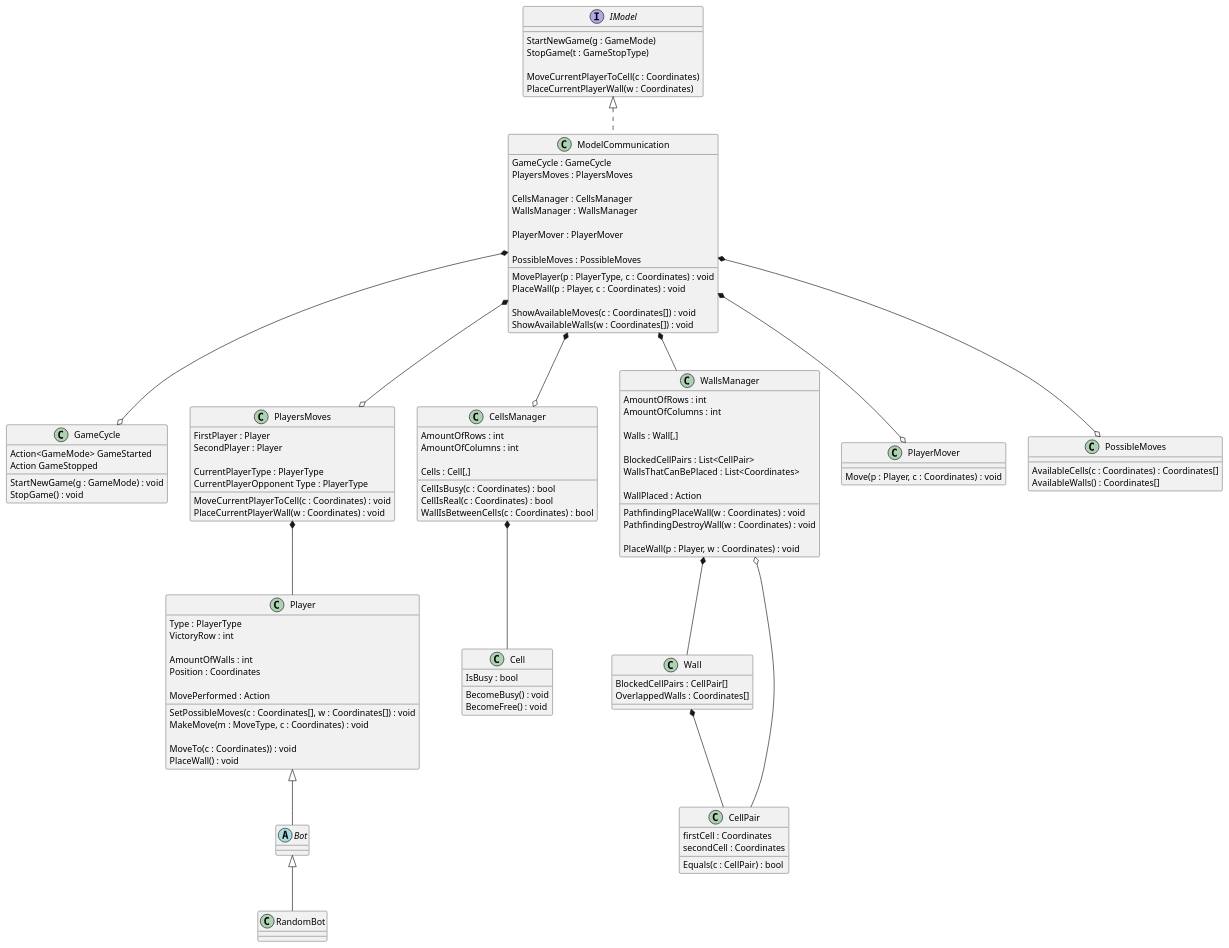
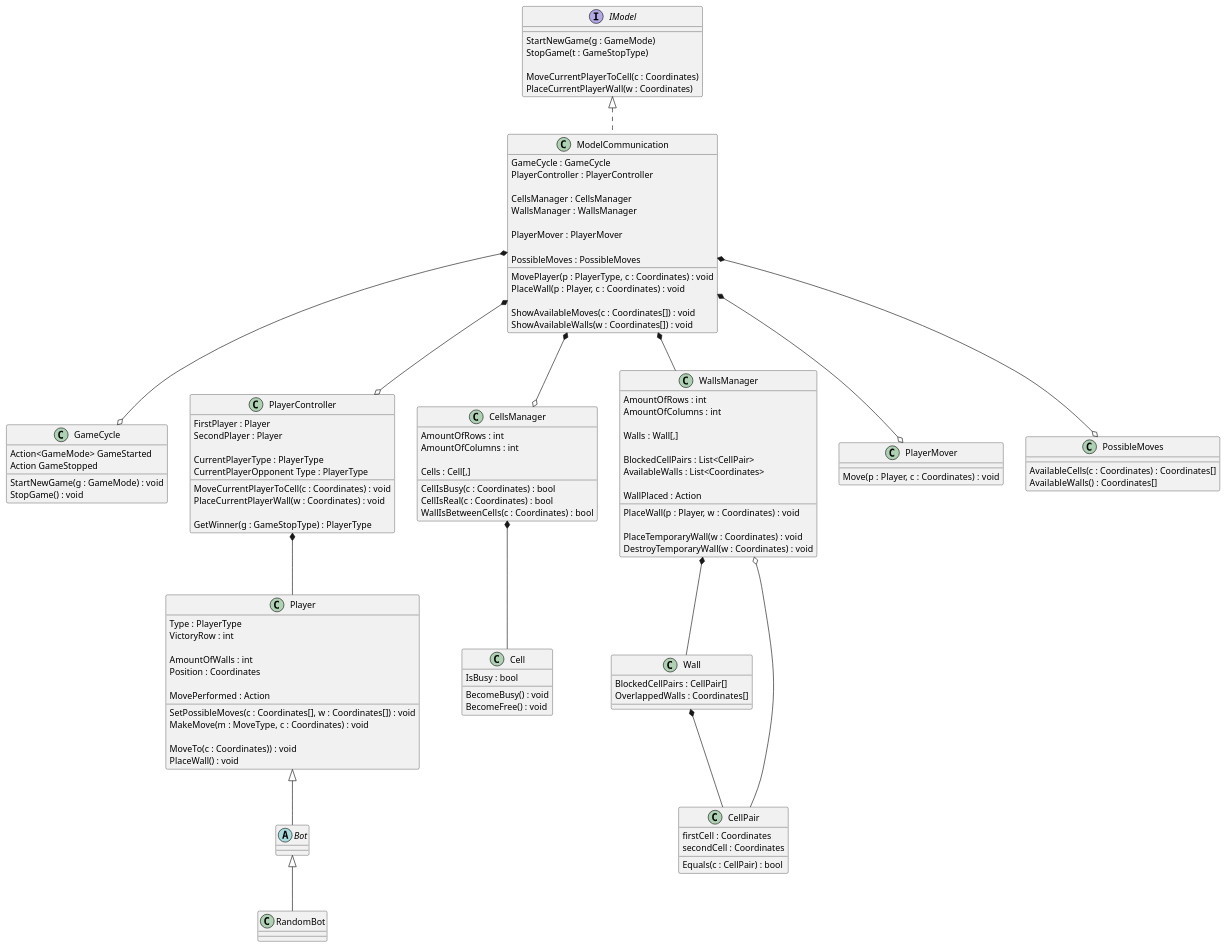
The diagram in Quoridor/Assets/Diagrams/Model.puml (snyk04/quoridor), drawn with PlantUML before and after one commit. The commit also changed 7 other files, not shown here.

```diff
--- a/Quoridor/Assets/Diagrams/Model.puml
+++ b/Quoridor/Assets/Diagrams/Model.puml
@@ -1,151 +1,153 @@
 @startuml
 
 interface IModel
 {
     StartNewGame(g : GameMode)
     StopGame(t : GameStopType)
     
     MoveCurrentPlayerToCell(c : Coordinates)
     PlaceCurrentPlayerWall(w : Coordinates)
 }
 class ModelCommunication
 {    
     GameCycle : GameCycle
-    PlayersMoves : PlayersMoves
+    PlayerController : PlayerController
     
     CellsManager : CellsManager
     WallsManager : WallsManager
     
     PlayerMover : PlayerMover
     
     PossibleMoves : PossibleMoves
     
     MovePlayer(p : PlayerType, c : Coordinates) : void
     PlaceWall(p : Player, c : Coordinates) : void
 
     ShowAvailableMoves(c : Coordinates[]) : void
     ShowAvailableWalls(w : Coordinates[]) : void
 }
 
 class GameCycle
 {
     Action<GameMode> GameStarted
     Action GameStopped
 
     StartNewGame(g : GameMode) : void
     StopGame() : void
 }
 
-class PlayersMoves
+class PlayerController
 {
     FirstPlayer : Player
     SecondPlayer : Player
    
-   CurrentPlayerType : PlayerType
-   CurrentPlayerOpponent Type : PlayerType
+    CurrentPlayerType : PlayerType
+    CurrentPlayerOpponent Type : PlayerType
 
     MoveCurrentPlayerToCell(c : Coordinates) : void
     PlaceCurrentPlayerWall(w : Coordinates) : void
+
+    GetWinner(g : GameStopType) : PlayerType
 }
 class Player
 {
     Type : PlayerType
     VictoryRow : int
 
     AmountOfWalls : int
     Position : Coordinates
     
     MovePerformed : Action
     
     SetPossibleMoves(c : Coordinates[], w : Coordinates[]) : void
     MakeMove(m : MoveType, c : Coordinates) : void
     
     MoveTo(c : Coordinates)) : void
     PlaceWall() : void
 }
 abstract class Bot
 class RandomBot
 
 class CellsManager
 {
     AmountOfRows : int
     AmountOfColumns : int
 
     Cells : Cell[,]
 
     CellIsBusy(c : Coordinates) : bool
     CellIsReal(c : Coordinates) : bool
     WallIsBetweenCells(c : Coordinates) : bool
 }
 class Cell
 {
     IsBusy : bool
     
     BecomeBusy() : void
     BecomeFree() : void
 }
 
 class WallsManager
 {
     AmountOfRows : int
     AmountOfColumns : int
 
     Walls : Wall[,]
     
     BlockedCellPairs : List<CellPair>
-    WallsThatCanBePlaced : List<Coordinates>
+    AvailableWalls : List<Coordinates>
     
     WallPlaced : Action
     
-    PathfindingPlaceWall(w : Coordinates) : void
-    PathfindingDestroyWall(w : Coordinates) : void
+    PlaceWall(p : Player, w : Coordinates) : void
     
-    PlaceWall(p : Player, w : Coordinates) : void
+    PlaceTemporaryWall(w : Coordinates) : void
+    DestroyTemporaryWall(w : Coordinates) : void
 }
 class Wall
 {
     BlockedCellPairs : CellPair[]
     OverlappedWalls : Coordinates[]
 }
 class CellPair
 {
     firstCell : Coordinates
     secondCell : Coordinates
     
     Equals(c : CellPair) : bool
 }
 
 class PlayerMover
 {
     Move(p : Player, c : Coordinates) : void
 }
 
 class PossibleMoves
 {
     AvailableCells(c : Coordinates) : Coordinates[]
     AvailableWalls() : Coordinates[]
 }
 
 
 IModel <|.. ModelCommunication
 
 ModelCommunication *--o GameCycle
 
-ModelCommunication *--o PlayersMoves
-PlayersMoves *-- Player
+ModelCommunication *--o PlayerController
+PlayerController *-- Player
 Player <|-- Bot
 Bot <|-- RandomBot
 
 ModelCommunication *--o CellsManager
 CellsManager *-- Cell
 
 ModelCommunication *-- WallsManager
 WallsManager *-- Wall
 WallsManager o-- CellPair
 Wall *-- CellPair
 
 ModelCommunication *--o PlayerMover
 
 ModelCommunication *--o PossibleMoves
 
 @enduml
```
